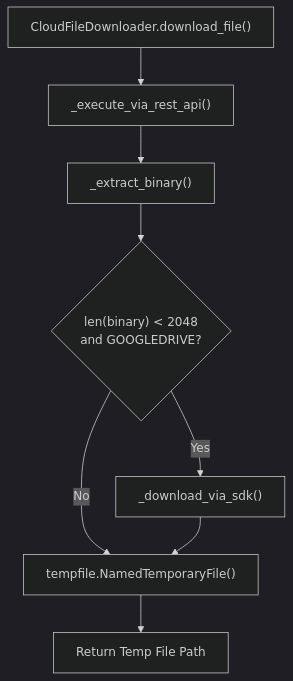
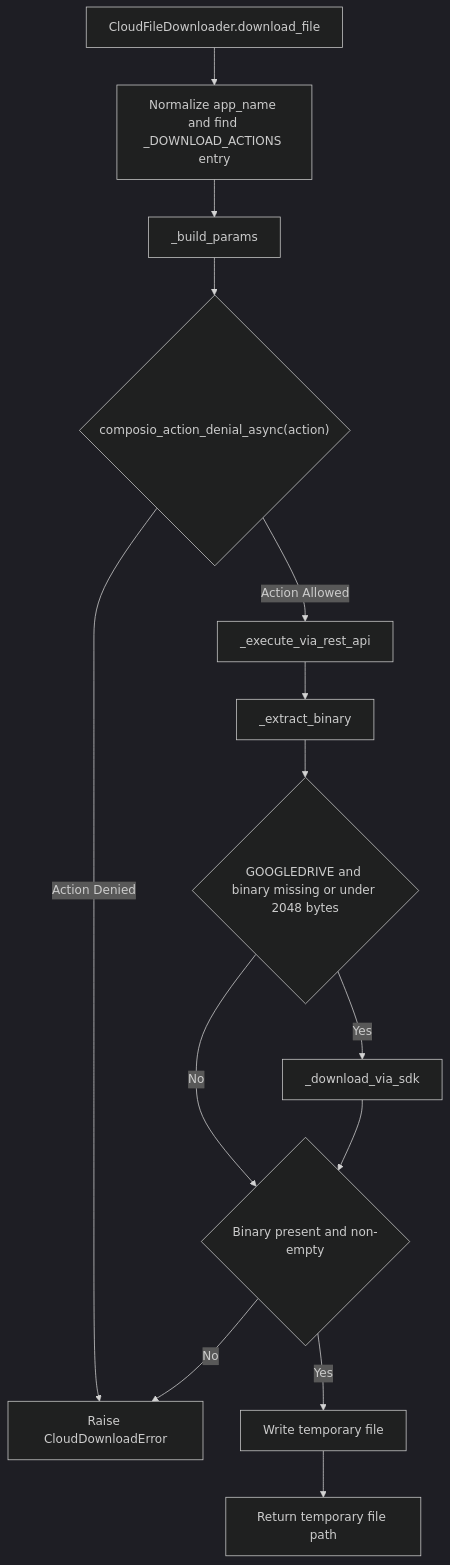
One commit to AutomatosAI/automatos-ai changed the second of 3 diagrams in docs/knowledge-base-rag/cloud-storage-integration.md. Above: the diagram before and after it, drawn with Mermaid (dark theme). The commit also changed other lines of this file and 188 other files, not shown here.

First line of the commit message:
docs: refresh architecture docs and add coverage for new subsystems (#1416)

````diff
--- a/docs/knowledge-base-rag/cloud-storage-integration.md
+++ b/docs/knowledge-base-rag/cloud-storage-integration.md
@@ -103,11 +143,29 @@
 ```mermaid
-graph TB
-    Start["CloudFileDownloader.download_file()"] --> RestAPI["_execute_via_rest_api()"]
-    RestAPI --> Extract["_extract_binary()"]
-    Extract --> Check{"len(binary) < 2048<br/>and GOOGLEDRIVE?"}
-    
-    Check -->|Yes| SDK["_download_via_sdk()"]
-    Check -->|No| Write["tempfile.NamedTemporaryFile()"]
-    SDK --> Write
-    Write --> Return["Return Temp File Path"]
+flowchart TD
+    Start["CloudFileDownloader.download_file"]
+    Provider["Normalize app_name and find _DOWNLOAD_ACTIONS entry"]
+    Params["_build_params"]
+    DenialCheck{"composio_action_denial_async(action)"}
+    Rest["_execute_via_rest_api"]
+    Extract["_extract_binary"]
+    GoogleCheck{"GOOGLEDRIVE and binary missing or under 2048 bytes"}
+    SDK["_download_via_sdk"]
+    Check{"Binary present and non-empty"}
+    Error["Raise CloudDownloadError"]
+    Temp["Write temporary file"]
+    Return["Return temporary file path"]
+
+    Start --> Provider
+    Provider --> Params
+    Params --> DenialCheck
+    DenialCheck -- "Action Denied" --> Error
+    DenialCheck -- "Action Allowed" --> Rest
+    Rest --> Extract
+    Extract --> GoogleCheck
+    GoogleCheck -->|"Yes"| SDK
+    GoogleCheck -->|"No"| Check
+    SDK --> Check
+    Check -->|"No"| Error
+    Check -->|"Yes"| Temp
+    Temp --> Return
 ```
````
